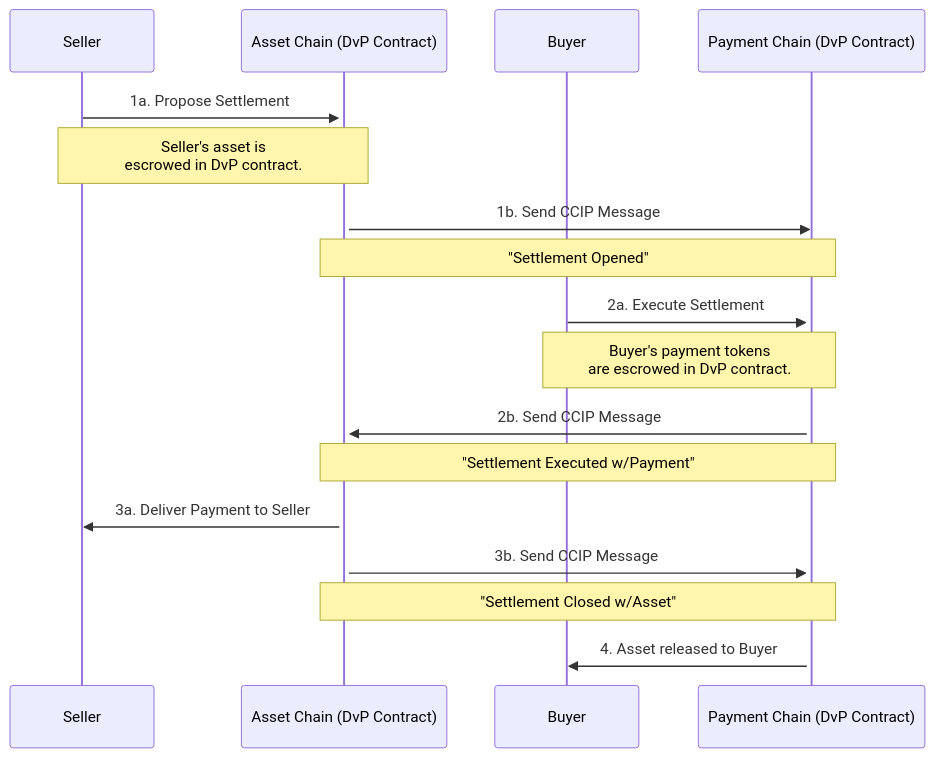
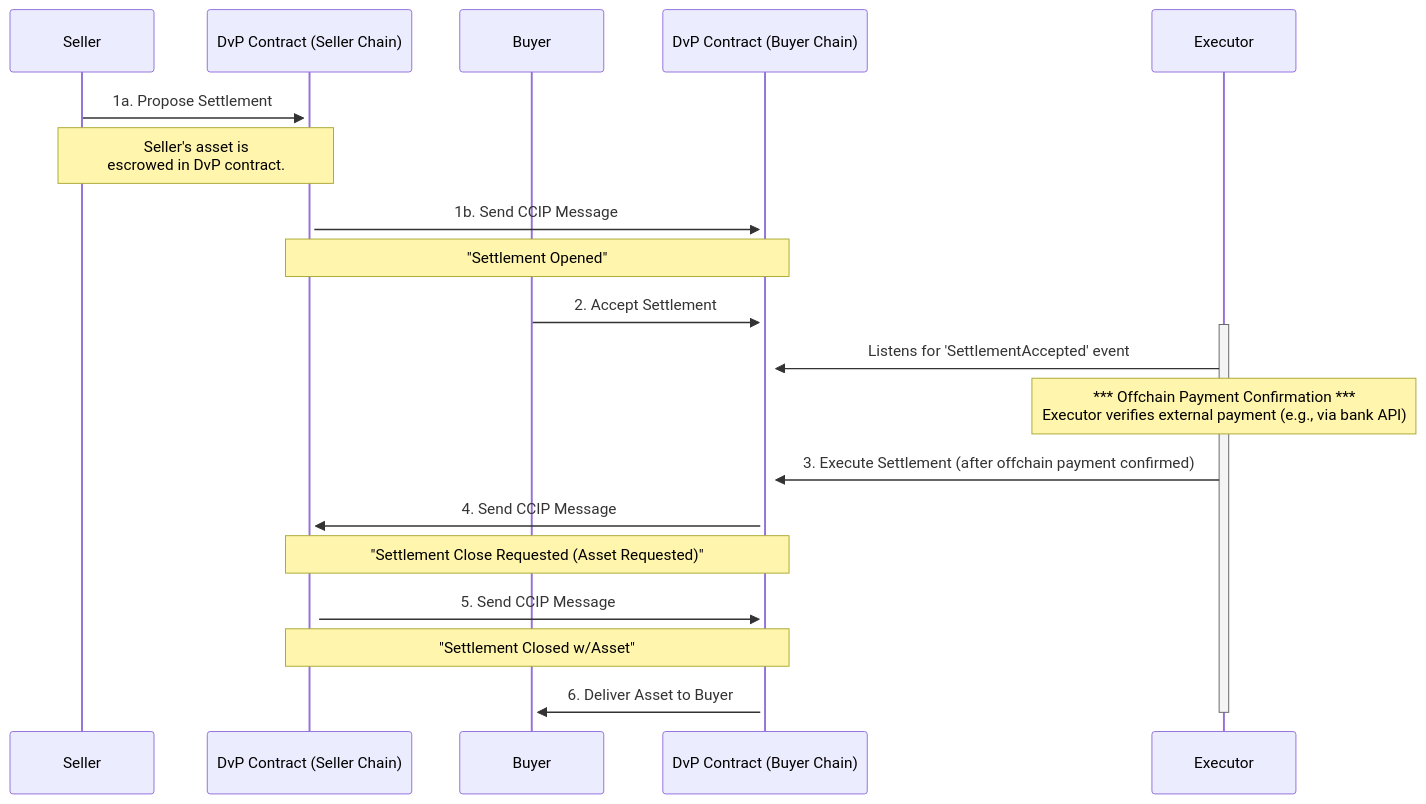
The second of 2 diagrams in services/dvp/README.md (smartcontractkit/crec-sdk), drawn with Mermaid before and after one commit. The commit also changed other lines of this file, not shown here.

````diff
--- a/services/dvp/README.md
+++ b/services/dvp/README.md
@@ -92,26 +96,30 @@
 ```mermaid
 sequenceDiagram
     participant Seller
-    participant Asset Chain (DvP Contract)
+    participant DvP Contract (Seller Chain)
     participant Buyer
-    participant Payment Chain (DvP Contract)
+    participant DvP Contract (Buyer Chain)
+    participant Executor
 
-    Seller->>+Asset Chain (DvP Contract): 1a. Propose Settlement
-    Note over Seller, Asset Chain (DvP Contract): Seller's asset is<br/>escrowed in DvP contract.
+    Seller->>+DvP Contract (Seller Chain): 1a. Propose Settlement
+    Note over Seller, DvP Contract (Seller Chain): Seller's asset is<br/>escrowed in DvP contract.
 
-    Asset Chain (DvP Contract)->>Payment Chain (DvP Contract): 1b. Send CCIP Message
-    Note over Asset Chain (DvP Contract),Payment Chain (DvP Contract): "Settlement Opened"
+    DvP Contract (Seller Chain)->>+DvP Contract (Buyer Chain): 1b. Send CCIP Message
+    Note over DvP Contract (Seller Chain), DvP Contract (Buyer Chain): "Settlement Opened"
 
-    Buyer->>+Payment Chain (DvP Contract): 2a. Execute Settlement
-    Note over Buyer, Payment Chain (DvP Contract): Buyer's payment tokens<br/>are escrowed in DvP contract.
+    Buyer->>+DvP Contract (Buyer Chain): 2. Accept Settlement
 
-    Payment Chain (DvP Contract)->>Asset Chain (DvP Contract): 2b. Send CCIP Message
-    Note over Payment Chain (DvP Contract), Asset Chain (DvP Contract): "Settlement Executed w/Payment"
+    activate Executor
+    Executor->>DvP Contract (Buyer Chain): Listens for 'SettlementAccepted' event
+    Note over Executor: *** Offchain Payment Confirmation ***<br/>Executor verifies external payment (e.g., via bank API)
+    Executor->>+DvP Contract (Buyer Chain): 3. Execute Settlement (after offchain payment confirmed)
 
-    Asset Chain (DvP Contract)->>Seller: 3a. Deliver Payment to Seller
-    Asset Chain (DvP Contract)->>Payment Chain (DvP Contract): 3b. Send CCIP Message
-    
-    Note over Payment Chain (DvP Contract), Asset Chain (DvP Contract): "Settlement Closed w/Asset"
+    DvP Contract (Buyer Chain)->>+DvP Contract (Seller Chain): 4. Send CCIP Message
+    Note over DvP Contract (Buyer Chain), DvP Contract (Seller Chain): "Settlement Close Requested (Asset Requested)"
 
-    Payment Chain (DvP Contract)->>Buyer: 4. Asset released to Buyer
+    DvP Contract (Seller Chain)->>+DvP Contract (Buyer Chain): 5. Send CCIP Message
+    Note over DvP Contract (Seller Chain), DvP Contract (Buyer Chain): "Settlement Closed w/Asset"
+
+    DvP Contract (Buyer Chain)->>+Buyer: 6. Deliver Asset to Buyer
+    deactivate Executor
 ```
````
